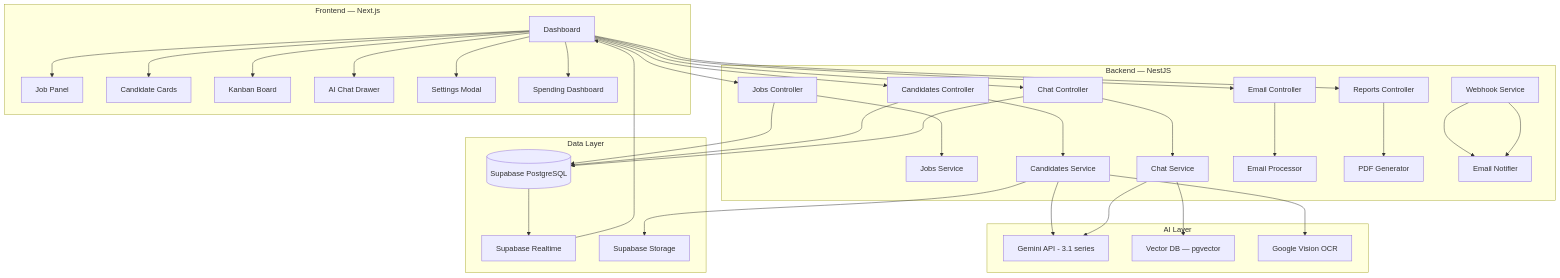
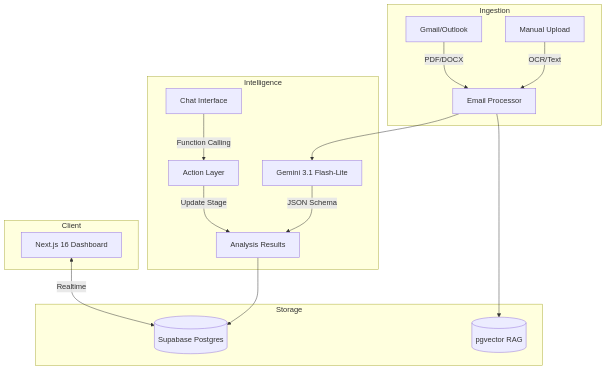
One commit to malgaroshy-maker/Sila-Ai changed the diagram in ROADMAP.md. Above: the diagram before and after it, drawn with Mermaid. The commit also changed other lines of this file and 4 other files, not shown here.

Commit message:
feat(ai): implement phase 8.2 actionable assistant with function calling and redesign docs

````diff
--- a/ROADMAP.md
+++ b/ROADMAP.md
@@ -141,42 +79,23 @@
 ```mermaid
-graph TB
-    subgraph "Frontend — Next.js"
-        A[Dashboard] --> B[Job Panel]
-        A --> C[Candidate Cards]
-        A --> D[Kanban Board]
-        A --> E[AI Chat Drawer]
-        A --> F[Settings Modal]
-        A --> G[Spending Dashboard]
+graph TD
+    subgraph Ingestion
+        A[Gmail/Outlook] -->|PDF/DOCX| B[Email Processor]
+        C[Manual Upload] -->|OCR/Text| B
     end
 
-    subgraph "Backend — NestJS"
-        H[Jobs Controller] --> I[Jobs Service]
-        J[Candidates Controller] --> K[Candidates Service]
-        L[Chat Controller] --> M[Chat Service]
-        N[Email Controller] --> O[Email Processor]
-        P[Reports Controller] --> Q[PDF Generator]
-        R[Webhook Service] --> S[Email Notifier]
+    subgraph Intelligence
+        B --> D[Gemini 3.1 Flash-Lite]
+        D -->|JSON Schema| E[Analysis Results]
+        F[Chat Interface] -->|Function Calling| G[Action Layer]
+        G -->|Update Stage| E
     end
 
-    subgraph "AI Layer"
-        T[Gemini API - 3.1 series]
-        U[Vector DB — pgvector]
-        V[Google Vision OCR]
+    subgraph Storage
+        E --> H[(Supabase Postgres)]
+        B --> I[(pgvector RAG)]
     end
 
-    subgraph "Data Layer"
-        W[(Supabase PostgreSQL)]
-        X[Supabase Realtime]
-        Y[Supabase Storage]
+    subgraph Client
+        J[Next.js 16 Dashboard] <-->|Realtime| H
     end
-
-    A --> H & J & L & N & P
-    K --> T
-    M --> T
-    M --> U
-    K --> V
-    H & J & L --> W
-    W --> X --> A
-    K --> Y
-    R --> S
 ```
````
